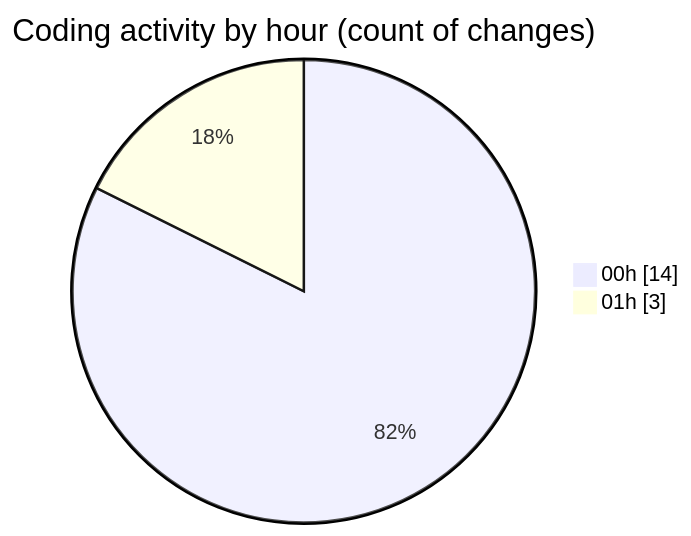
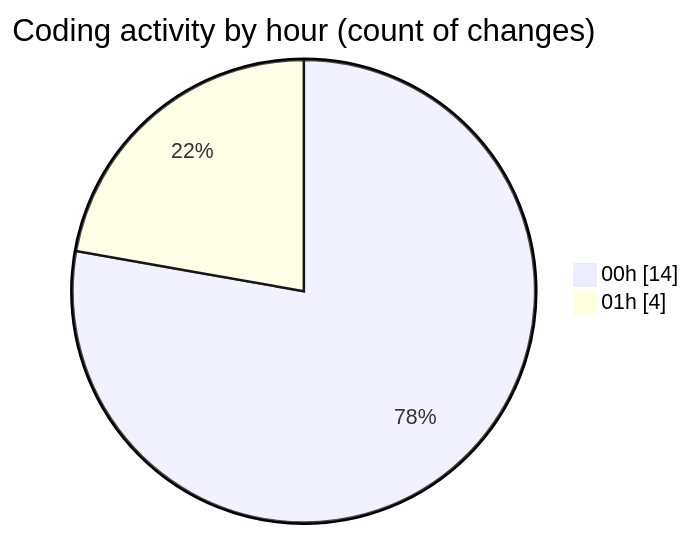
The second of 2 diagrams in 2025-06-23/studio-backend/README.md (idhammustaqopulfikri/code-tracking), drawn with Mermaid before and after one commit. The commit also changed other lines of this file and 1 other file, not shown here.

````diff
--- a/2025-06-23/studio-backend/README.md
+++ b/2025-06-23/studio-backend/README.md
@@ -29,6 +29,6 @@
 ```mermaid
 pie showData
 title Coding activity by hour (count of changes)
 "00h" : 14
-"01h" : 3
+"01h" : 4
 ```
````
